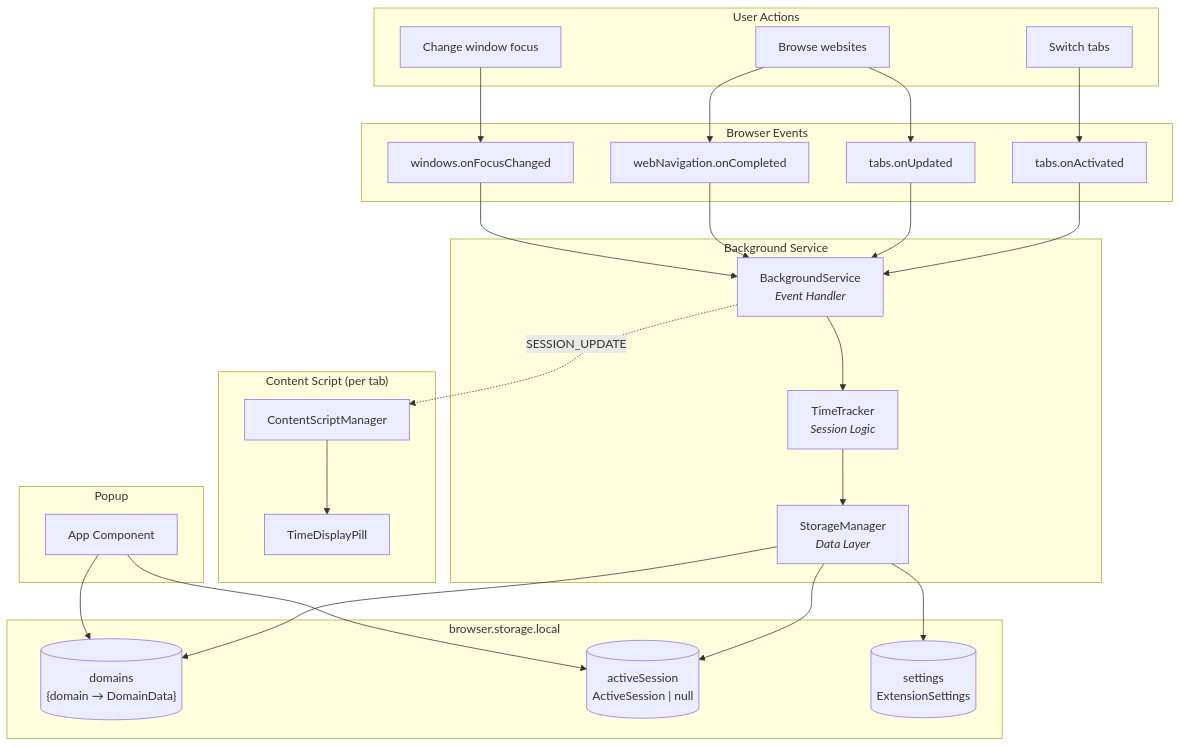
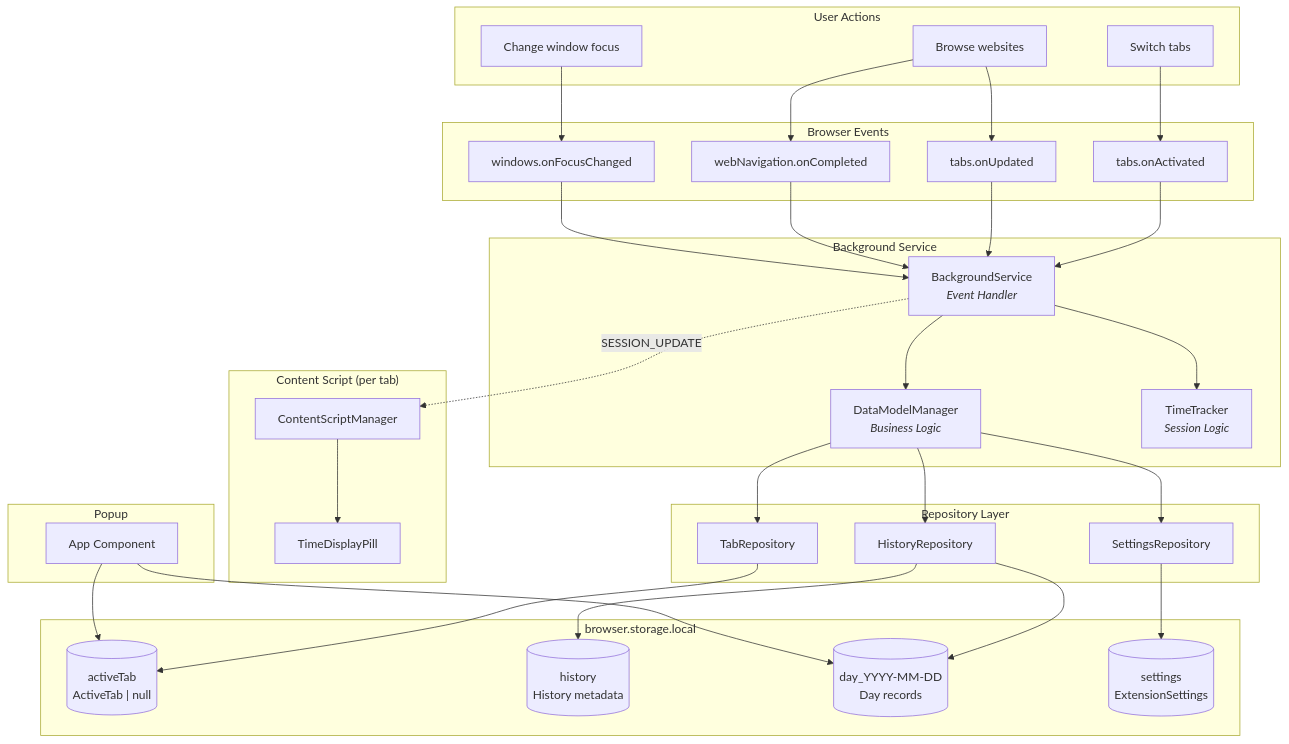
One commit to JayDosunmu/web-time-tracker changed the first of 9 diagrams in docs/architecture-dataflow.md. Above: the diagram before and after it, drawn with Mermaid. The commit also changed other lines of this file and 4 other files, not shown here.

Commit message:
Update documentation for architecture

````diff
--- a/docs/architecture-dataflow.md
+++ b/docs/architecture-dataflow.md
@@ -7,65 +7,76 @@
 ```mermaid
 flowchart TD
     subgraph User["User Actions"]
         browse["Browse websites"]
         switch["Switch tabs"]
         focus["Change window focus"]
     end
 
     subgraph Browser["Browser Events"]
         tabActivated["tabs.onActivated"]
         tabUpdated["tabs.onUpdated"]
         navCompleted["webNavigation.onCompleted"]
         winFocus["windows.onFocusChanged"]
     end
 
     subgraph Background["Background Service"]
         BS["BackgroundService<br/><i>Event Handler</i>"]
+        DMM["DataModelManager<br/><i>Business Logic</i>"]
         TT["TimeTracker<br/><i>Session Logic</i>"]
-        SM["StorageManager<br/><i>Data Layer</i>"]
+    end
+
+    subgraph Repositories["Repository Layer"]
+        HR["HistoryRepository"]
+        TR["TabRepository"]
+        SR["SettingsRepository"]
     end
 
     subgraph Storage["browser.storage.local"]
-        domains[("domains<br/>{domain → DomainData}")]
-        activeSession[("activeSession<br/>ActiveSession | null")]
+        activeTab[("activeTab<br/>ActiveTab | null")]
+        history[("history<br/>History metadata")]
+        dayRecords[("day_YYYY-MM-DD<br/>Day records")]
         settings[("settings<br/>ExtensionSettings")]
     end
 
     subgraph Content["Content Script (per tab)"]
         CSM["ContentScriptManager"]
         TDP["TimeDisplayPill"]
     end
 
     subgraph Popup["Popup"]
         APP["App Component"]
     end
 
     %% User triggers browser events
     browse --> tabUpdated
     browse --> navCompleted
     switch --> tabActivated
     focus --> winFocus
 
     %% Browser events flow to BackgroundService
     tabActivated --> BS
     tabUpdated --> BS
     navCompleted --> BS
     winFocus --> BS
 
     %% Background processes events
+    BS --> DMM
     BS --> TT
-    TT --> SM
+    DMM --> HR
+    DMM --> TR
+    DMM --> SR
 
-    %% Storage operations
-    SM --> domains
-    SM --> activeSession
-    SM --> settings
+    %% Repository to Storage operations
+    HR --> history
+    HR --> dayRecords
+    TR --> activeTab
+    SR --> settings
 
     %% Session updates broadcast to content scripts
     BS -.->|"SESSION_UPDATE"| CSM
     CSM --> TDP
 
     %% Popup reads storage directly
-    APP --> domains
-    APP --> activeSession
+    APP --> activeTab
+    APP --> dayRecords
 ```
````
